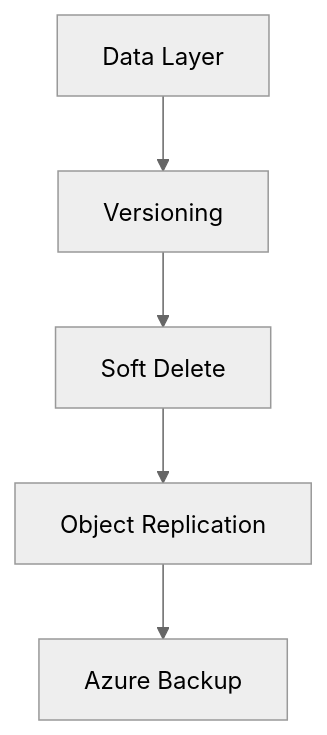
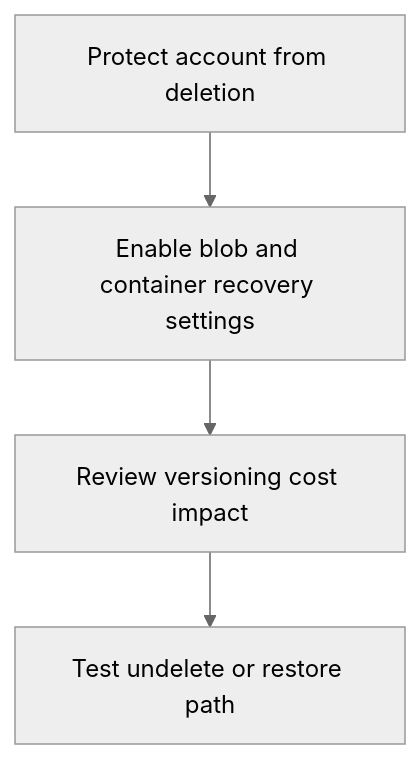
The diagram in docs/operations/backup-and-data-protection.md (yeongseon/azure-storage-practical-guide), drawn with Mermaid (neutral theme) before and after one commit. The commit also changed other lines of this file and 10 other files, not shown here.

````diff
--- a/docs/operations/backup-and-data-protection.md
+++ b/docs/operations/backup-and-data-protection.md
@@ -38,7 +46,6 @@
 ```mermaid
-graph TD
-    A[Data Layer] --> B[Versioning]
-    B --> C[Soft Delete]
-    C --> D[Object Replication]
-    D --> E[Azure Backup]
+flowchart TD
+    A[Protect account from deletion] --> B[Enable blob and container recovery settings]
+    B --> C[Review versioning cost impact]
+    C --> D[Test undelete or restore path]
 ```
````
